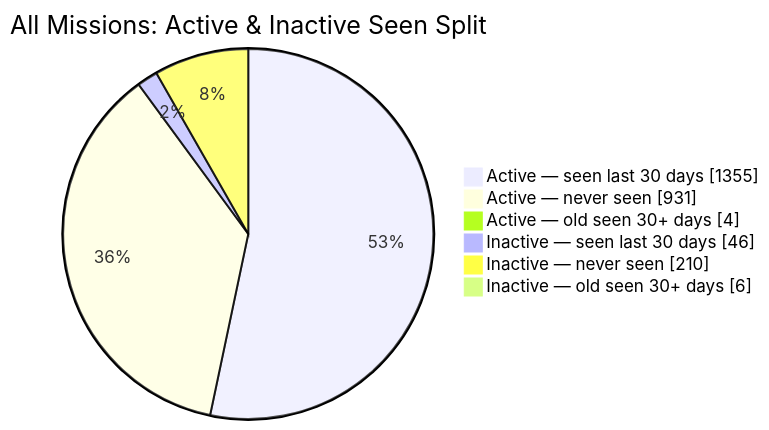
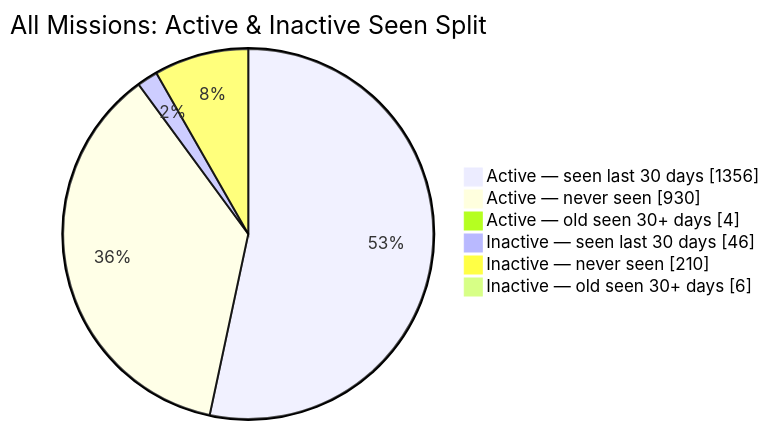
The second of 2 diagrams in README.md (MeldkamerspelGameTeam/active-missions), drawn with Mermaid before and after one commit. The commit also changed other lines of this file and 2 other files, not shown here.

````diff
--- a/README.md
+++ b/README.md
@@ -44,10 +44,10 @@
 ```mermaid
 pie showData
     title All Missions: Active & Inactive Seen Split
-    "Active — seen last 30 days" : 1355
-    "Active — never seen" : 931
+    "Active — seen last 30 days" : 1356
+    "Active — never seen" : 930
     "Active — old seen 30+ days" : 4
     "Inactive — seen last 30 days" : 46
     "Inactive — never seen" : 210
     "Inactive — old seen 30+ days" : 6
 ```
````
